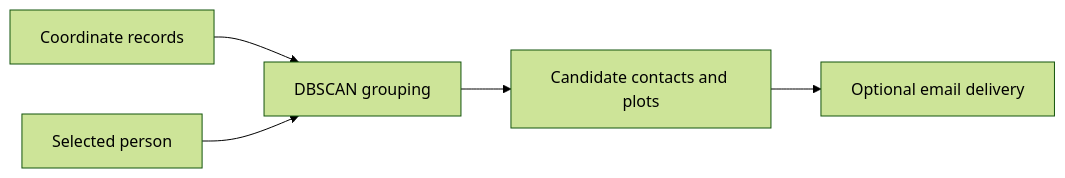
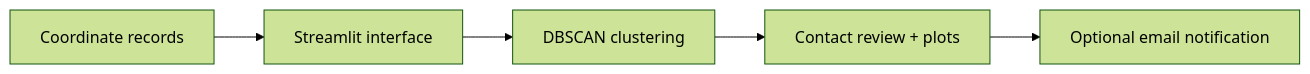
One commit to aneeshreddy2304/TraceX changed the diagram in README.md. Above: the diagram before and after it, drawn with Mermaid (forest theme). The commit also changed other lines of this file and 5 other files, not shown here.

````diff
--- a/README.md
+++ b/README.md
@@ -13,7 +24,7 @@
 ```mermaid
 flowchart LR
-    J[Coordinate records] --> D[DBSCAN grouping]
-    U[Selected person] --> D
-    D --> UI[Candidate contacts and plots]
-    UI --> SMTP[Optional email delivery]
+  A[Coordinate records] --> B[Streamlit interface]
+  B --> C[DBSCAN clustering]
+  C --> D[Contact review + plots]
+  D --> E[Optional email notification]
 ```
````
